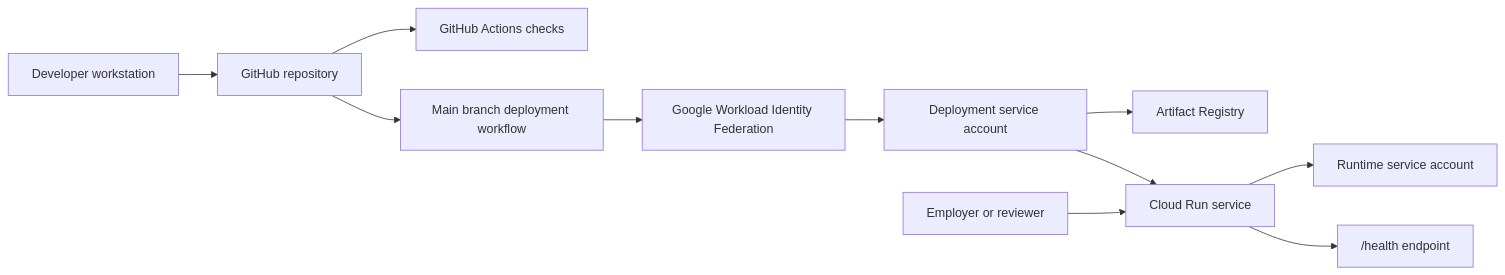
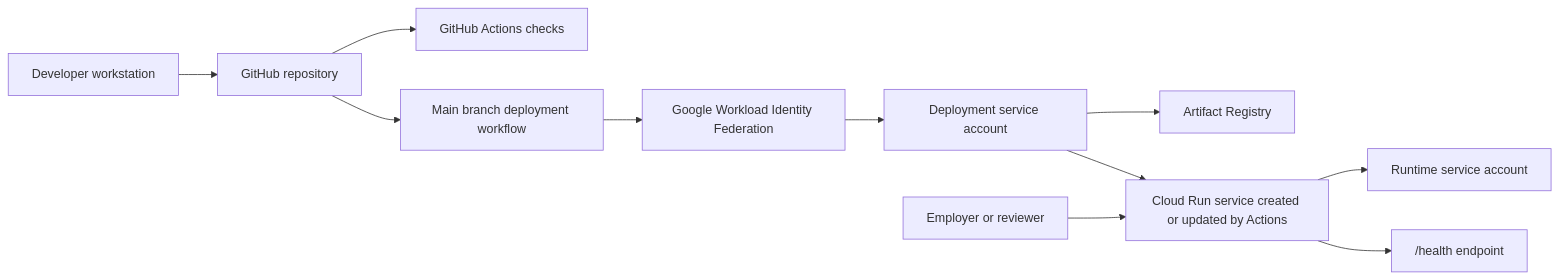
One commit to Colinchapm/living-cv changed the diagram in docs/architecture/overview.md. Above: the diagram before and after it, drawn with Mermaid. The commit also changed other lines of this file and 11 other files, not shown here.

Commit message:
Fix Cloud Run bootstrap deployment flow

````diff
--- a/docs/architecture/overview.md
+++ b/docs/architecture/overview.md
@@ -5,13 +5,13 @@
 ```mermaid
 flowchart LR
   Developer["Developer workstation"] --> GitHub["GitHub repository"]
   GitHub --> Checks["GitHub Actions checks"]
   GitHub --> Deploy["Main branch deployment workflow"]
   Deploy --> WIF["Google Workload Identity Federation"]
   WIF --> DeployerSA["Deployment service account"]
   DeployerSA --> ArtifactRegistry["Artifact Registry"]
-  DeployerSA --> CloudRun["Cloud Run service"]
+  DeployerSA --> CloudRun["Cloud Run service created or updated by Actions"]
   CloudRun --> RuntimeSA["Runtime service account"]
   Visitor["Employer or reviewer"] --> CloudRun
   CloudRun --> Health["/health endpoint"]
 ```
````
